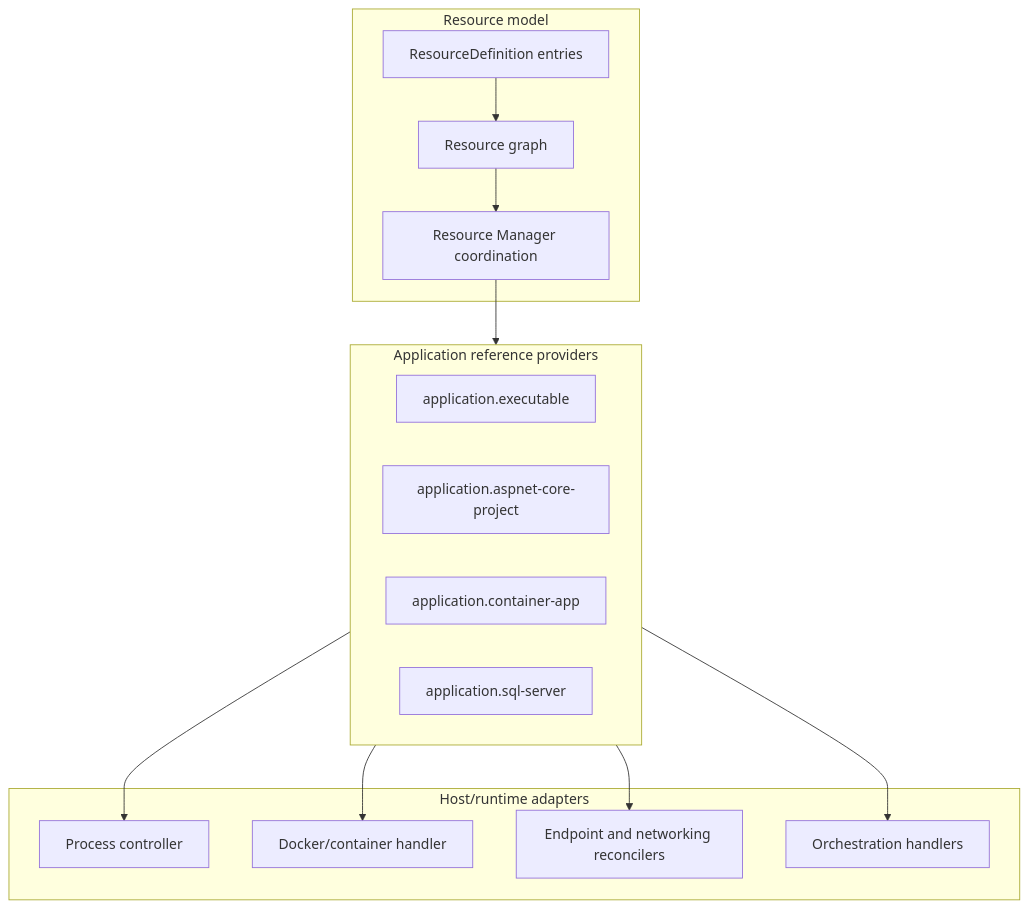
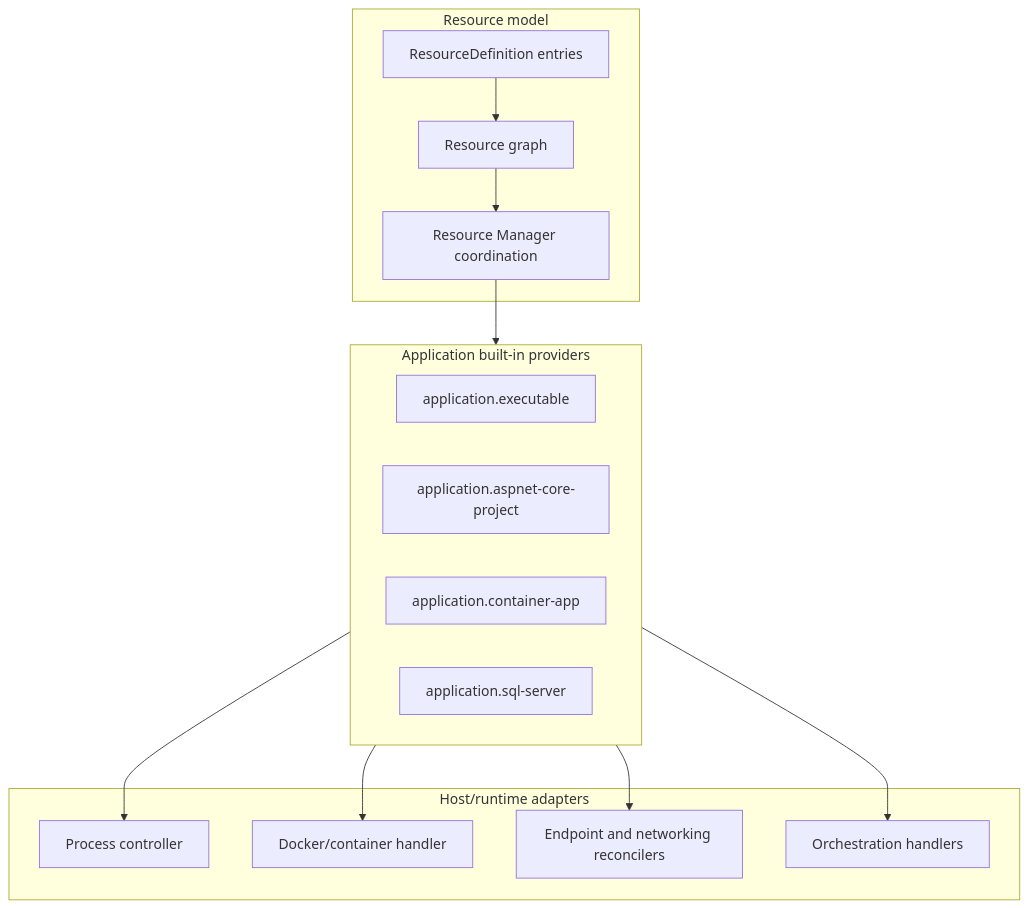
Before and after one commit to marinasundstrom/CloudShell: the diagram in docs/resources/application-resources.md, drawn with Mermaid. The commit also changed other lines of this file and 583 other files, not shown here.

````diff
--- a/docs/resources/application-resources.md
+++ b/docs/resources/application-resources.md
@@ -56,30 +56,30 @@
 ```mermaid
 flowchart TB
     subgraph ResourceModel["Resource model"]
         Definition["ResourceDefinition entries"]
         Graph["Resource graph"]
         ResourceManager["Resource Manager coordination"]
     end
 
-    subgraph Providers["Application reference providers"]
+    subgraph Providers["Application built-in providers"]
         Executable["application.executable"]
         AspNet["application.aspnet-core-project"]
         Container["application.container-app"]
         SqlServer["application.sql-server"]
     end
 
     subgraph Runtime["Host/runtime adapters"]
         Process["Process controller"]
         Docker["Docker/container handler"]
         Network["Endpoint and networking reconcilers"]
         Orchestrator["Orchestration handlers"]
     end
 
     Definition --> Graph
     Graph --> ResourceManager
     ResourceManager --> Providers
     Providers --> Process
     Providers --> Docker
     Providers --> Network
     Providers --> Orchestrator
 ```
````
